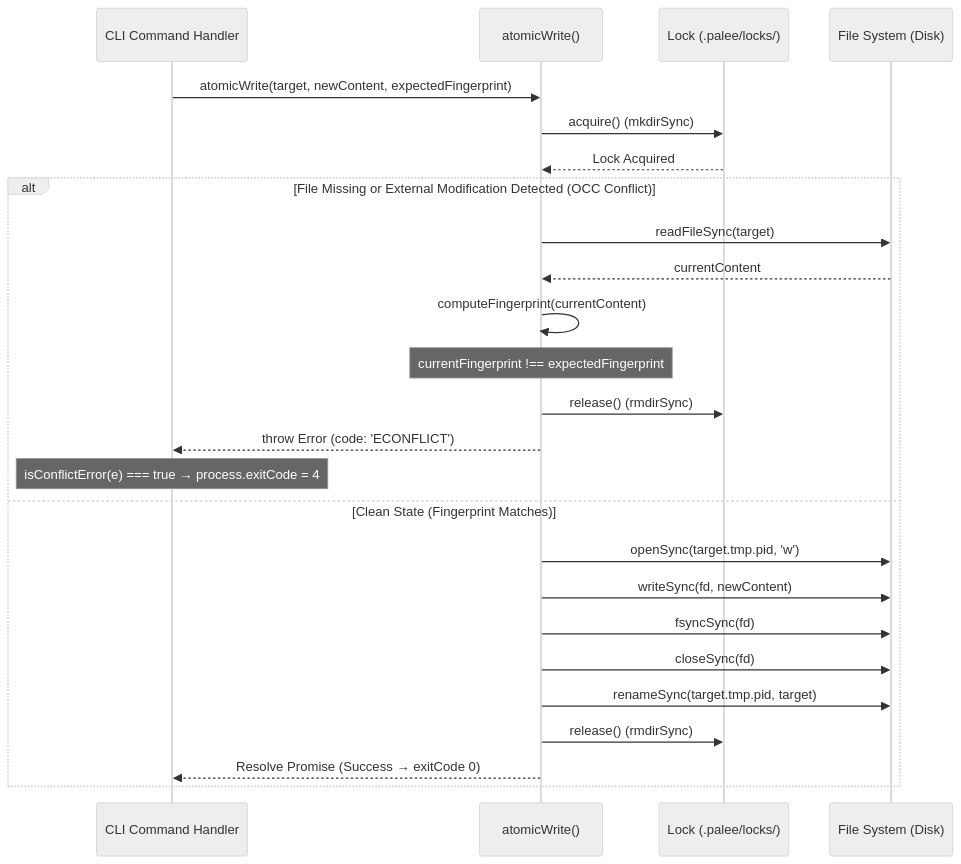
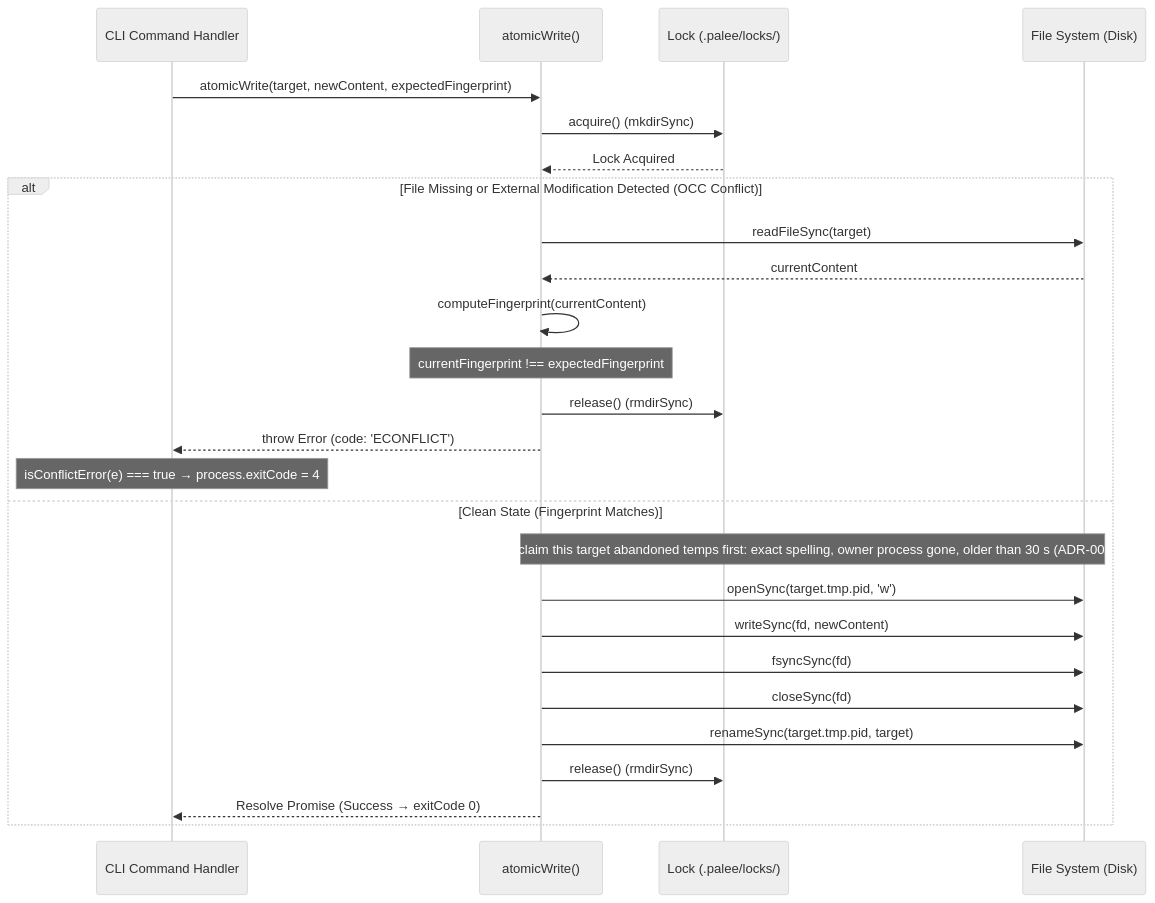
The first of 2 diagrams in docs/04-1-frontmatter-parser-and-atomic-writes.md (Kuldeep2822k/cli), drawn with Mermaid (neutral theme) before and after one commit. The commit also changed other lines of this file and 8 other files, not shown here.

````diff
--- a/docs/04-1-frontmatter-parser-and-atomic-writes.md
+++ b/docs/04-1-frontmatter-parser-and-atomic-writes.md
@@ -81,29 +82,30 @@
 ```mermaid
 sequenceDiagram
     participant CLI as CLI Command Handler
     participant AW as atomicWrite()
     participant Lock as Lock (.palee/locks/)
     participant FS as File System (Disk)
 
     CLI->>AW: atomicWrite(target, newContent, expectedFingerprint)
     AW->>Lock: acquire() (mkdirSync)
     Lock-->>AW: Lock Acquired
 
     alt File Missing or External Modification Detected (OCC Conflict)
         AW->>FS: readFileSync(target)
         FS-->>AW: currentContent
         AW->>AW: computeFingerprint(currentContent)
         Note over AW: currentFingerprint !== expectedFingerprint
         AW->>Lock: release() (rmdirSync)
         AW-->>CLI: throw Error (code: 'ECONFLICT')
         Note over CLI: isConflictError(e) === true → process.exitCode = 4
     else Clean State (Fingerprint Matches)
+        Note over AW,FS: Reclaim this target abandoned temps first: exact spelling, owner process gone, older than 30 s (ADR-0034)
         AW->>FS: openSync(target.tmp.pid, 'w')
         AW->>FS: writeSync(fd, newContent)
         AW->>FS: fsyncSync(fd)
         AW->>FS: closeSync(fd)
         AW->>FS: renameSync(target.tmp.pid, target)
         AW->>Lock: release() (rmdirSync)
         AW-->>CLI: Resolve Promise (Success → exitCode 0)
     end
 ```
````
